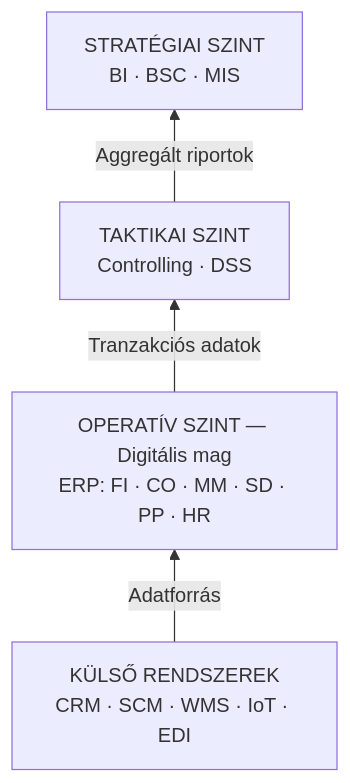
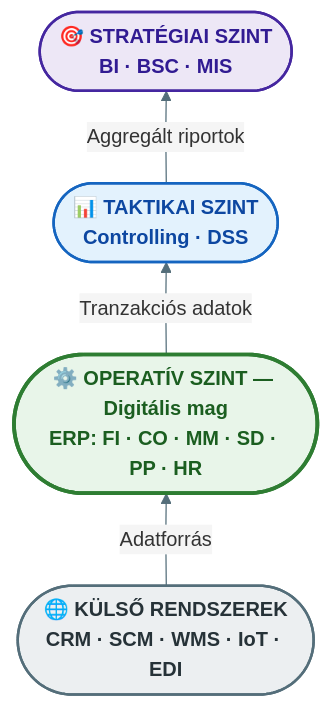
Before and after one commit to denespocsik/MM_BSC_Zarovizsga: the second of 2 diagrams in Tételek/V12-GMXIV2MBLF-ERP fogalma és fejlődéstörténete.tétel.md, drawn with Mermaid. The commit also changed other lines of this file and 4 other files, not shown here.

First line of the commit message:
docs(záróvizsga): modernize Mermaid diagrams in V11–V15, enrich GMXIV2MBLF content

````diff
--- a/Tételek/V12-GMXIV2MBLF-ERP fogalma és fejlődéstörténete.tétel.md
+++ b/Tételek/V12-GMXIV2MBLF-ERP fogalma és fejlődéstörténete.tétel.md
@@ -60,10 +61,17 @@
 ```mermaid
+%%{init: {'theme': 'base', 'themeVariables': {'primaryColor': '#E3F2FD', 'primaryBorderColor': '#1565C0', 'lineColor': '#546E7A', 'edgeLabelBackground': '#F5F5F5'}}}%%
 flowchart BT
-    K["KÜLSŐ RENDSZEREK\nCRM · SCM · WMS · IoT · EDI"]
-    O["OPERATÍV SZINT — Digitális mag\nERP: FI · CO · MM · SD · PP · HR"]
-    T["TAKTIKAI SZINT\nControlling · DSS"]
-    S["STRATÉGIAI SZINT\nBI · BSC · MIS"]
+    classDef external  fill:#ECEFF1,stroke:#546E7A,stroke-width:2px,color:#263238,font-weight:bold
+    classDef operative fill:#E8F5E9,stroke:#2E7D32,stroke-width:3px,color:#1B5E20,font-weight:bold
+    classDef tactical  fill:#E3F2FD,stroke:#1565C0,stroke-width:2px,color:#0D47A1,font-weight:bold
+    classDef strategic fill:#EDE7F6,stroke:#4527A0,stroke-width:2px,color:#311B92,font-weight:bold
+
+    K(["🌐 KÜLSŐ RENDSZEREK\nCRM · SCM · WMS · IoT · EDI"]):::external
+    O(["⚙️ OPERATÍV SZINT — Digitális mag\nERP: FI · CO · MM · SD · PP · HR"]):::operative
+    T(["📊 TAKTIKAI SZINT\nControlling · DSS"]):::tactical
+    S(["🎯 STRATÉGIAI SZINT\nBI · BSC · MIS"]):::strategic
+
     K -->|"Adatforrás"| O
     O -->|"Tranzakciós adatok"| T
     T -->|"Aggregált riportok"| S
 ```
````
